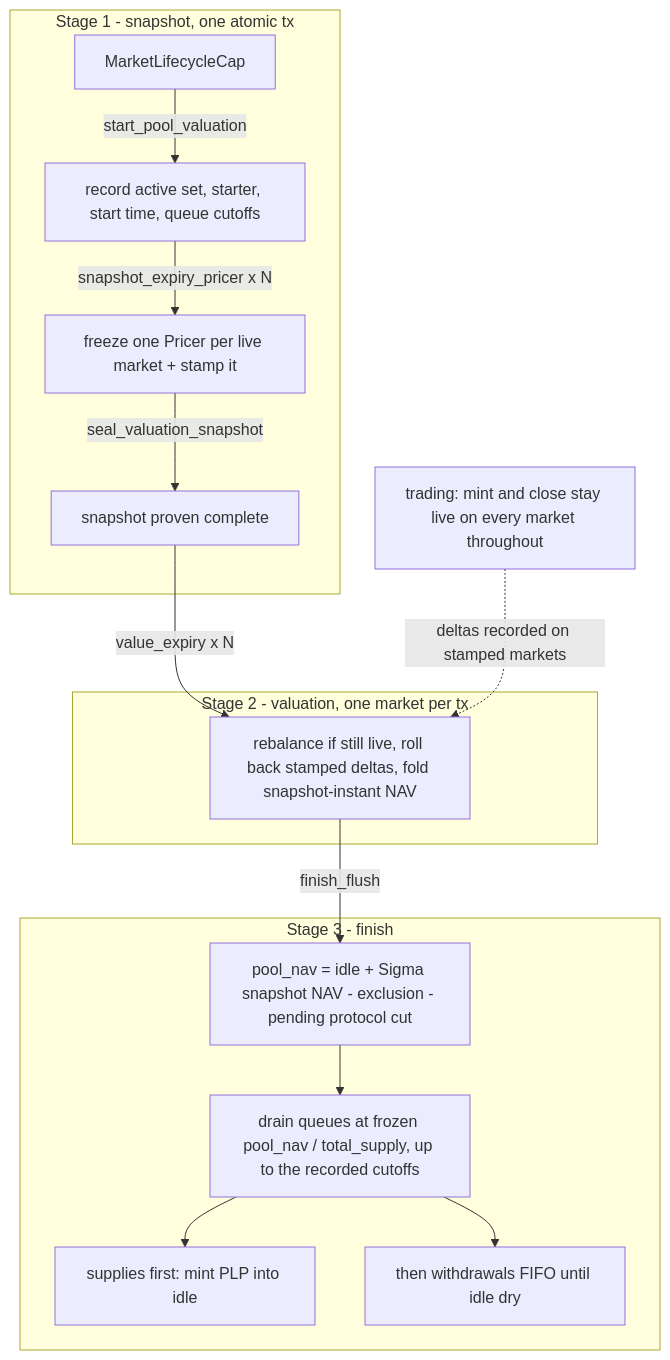
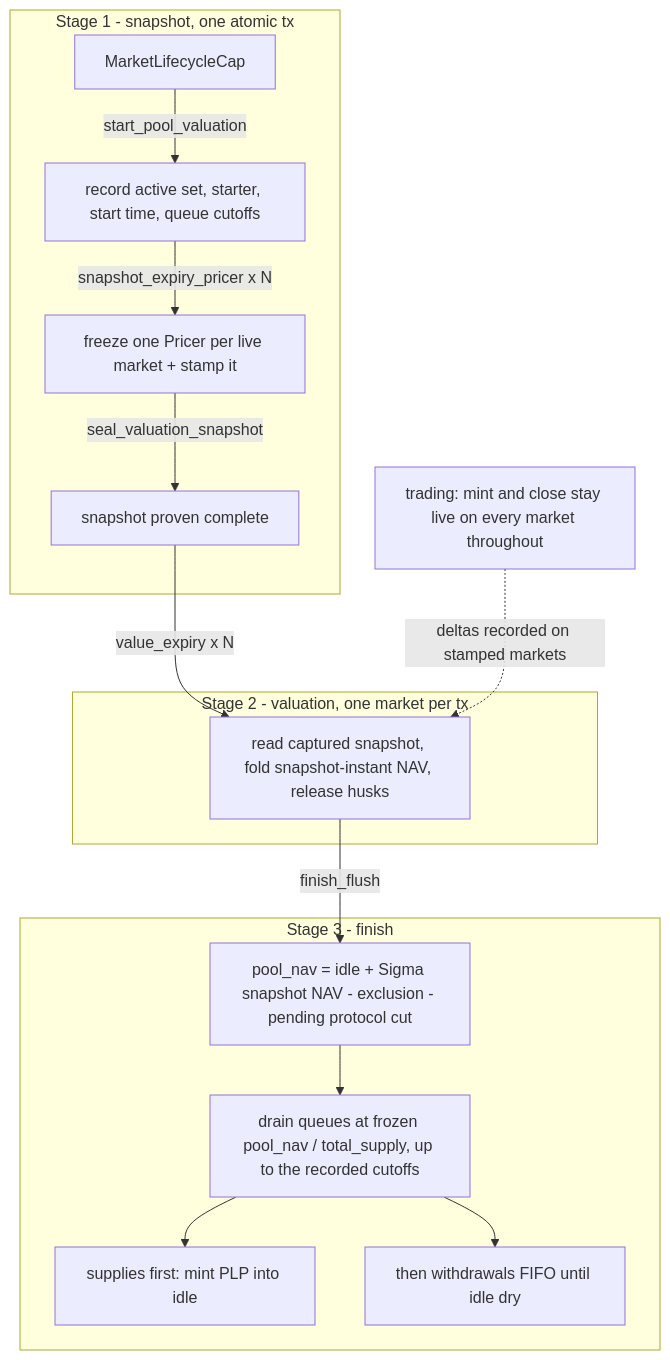
Before and after one commit to MystenLabs/deepbookv3: the diagram in packages/predict/docs/concepts/liquidity-and-nav.md, drawn with Mermaid. The commit also changed other lines of this file and 13 other files, not shown here.

First line of the commit message:
predict: gate mid-snapshot-PTB maintenance per market, not per seal

````diff
--- a/packages/predict/docs/concepts/liquidity-and-nav.md
+++ b/packages/predict/docs/concepts/liquidity-and-nav.md
@@ -93,18 +93,18 @@
 ```mermaid
 flowchart TD
   subgraph S1[Stage 1 - snapshot, one atomic tx]
     CAP[MarketLifecycleCap] -->|start_pool_valuation| REC[record active set, starter, start time, queue cutoffs]
     REC -->|snapshot_expiry_pricer x N| FRZ[freeze one Pricer per live market + stamp it]
     FRZ -->|seal_valuation_snapshot| SEAL[snapshot proven complete]
   end
   subgraph S2[Stage 2 - valuation, one market per tx]
-    SEAL -->|value_expiry x N| EXP[rebalance if still live, roll back stamped deltas, fold snapshot-instant NAV]
+    SEAL -->|value_expiry x N| EXP[read captured snapshot, fold snapshot-instant NAV, release husks]
   end
   subgraph S3[Stage 3 - finish]
     EXP -->|finish_flush| NAV[pool_nav = idle + Sigma snapshot NAV - exclusion - pending protocol cut]
     NAV --> DRAIN[drain queues at frozen pool_nav / total_supply, up to the recorded cutoffs]
     DRAIN --> SUP[supplies first: mint PLP into idle]
     DRAIN --> WD[then withdrawals FIFO until idle dry]
   end
   TRADE[trading: mint and close stay live on every market throughout] -.->|deltas recorded on stamped markets| EXP
 ```
````
